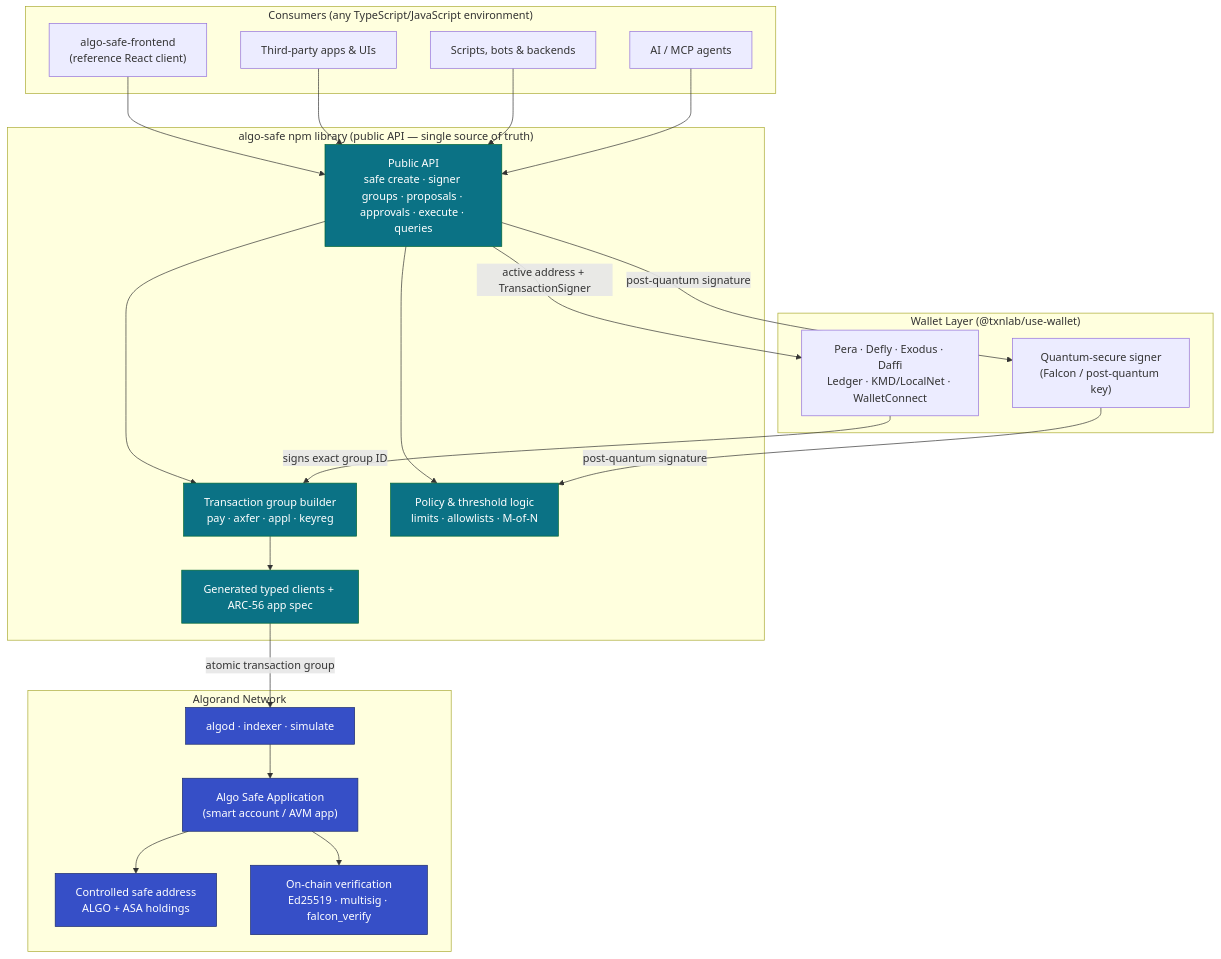
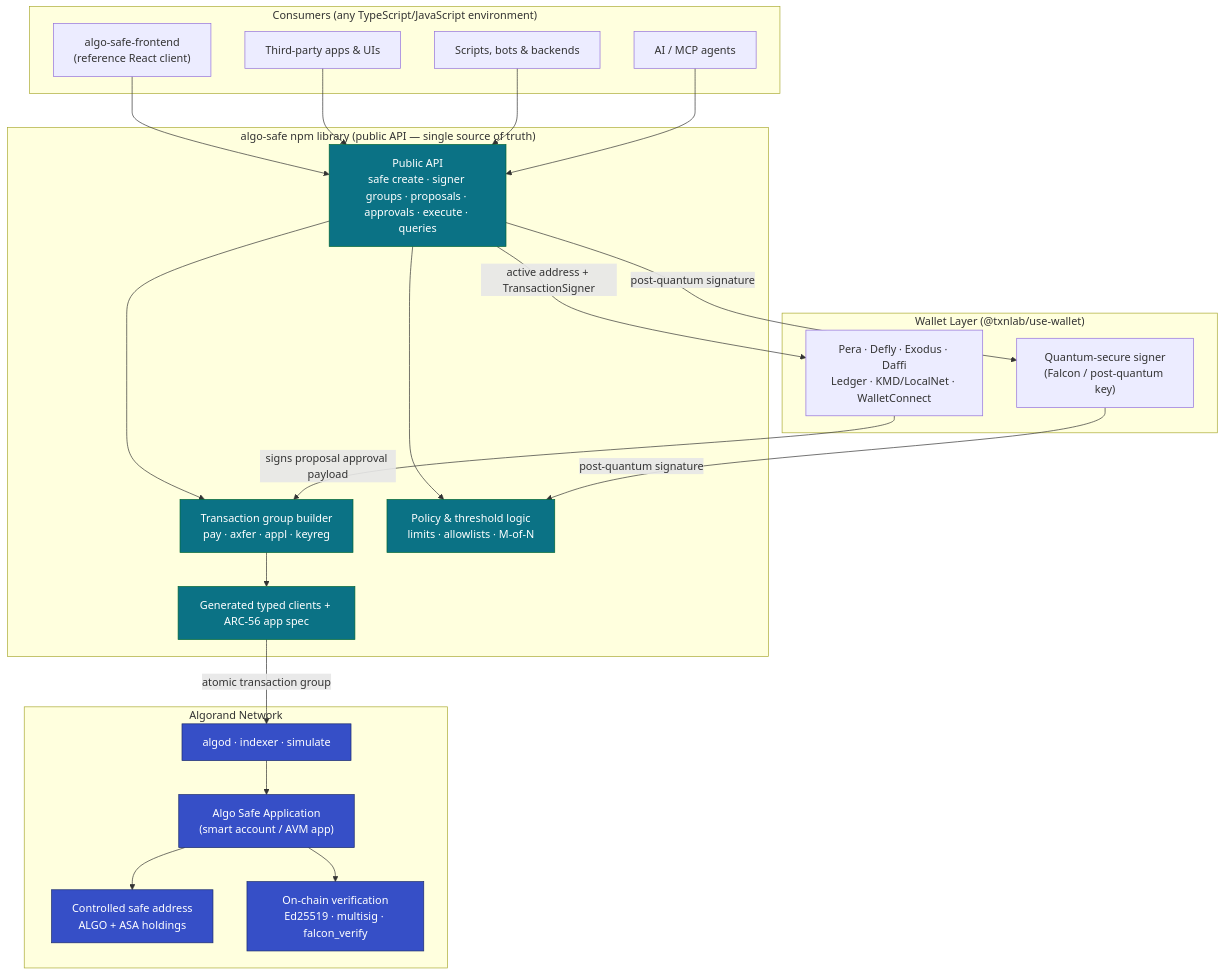
Before and after one commit to ludovit-scholtz/algo-safe: the first of 5 diagrams in PRODUCT-DESCRIPTION.md, drawn with Mermaid. The commit also changed other lines of this file, not shown here.

Commit message:
Enhance PRODUCT-DESCRIPTION.md with detailed explanations of transaction clarity, signer group changes, and proposal execution flow for improved user understanding.

````diff
--- a/PRODUCT-DESCRIPTION.md
+++ b/PRODUCT-DESCRIPTION.md
@@ -219,51 +222,51 @@
 ```mermaid
 flowchart TB
     subgraph Consumers["Consumers (any TypeScript/JavaScript environment)"]
         FE["algo-safe-frontend<br/>(reference React client)"]
         TP["Third-party apps & UIs"]
         BOT["Scripts, bots & backends"]
         AGENT["AI / MCP agents"]
     end
 
     subgraph Wallets["Wallet Layer (@txnlab/use-wallet)"]
         W["Pera · Defly · Exodus · Daffi<br/>Ledger · KMD/LocalNet · WalletConnect"]
         PQ["Quantum-secure signer<br/>(Falcon / post-quantum key)"]
     end
 
     subgraph Library["algo-safe npm library (public API — single source of truth)"]
         API["Public API<br/>safe create · signer groups · proposals · approvals · execute · queries"]
         BUILD["Transaction group builder<br/>pay · axfer · appl · keyreg"]
         POLICY["Policy & threshold logic<br/>limits · allowlists · M-of-N"]
         CLIENT["Generated typed clients + ARC-56 app spec"]
         API --> BUILD
         API --> POLICY
         BUILD --> CLIENT
     end
 
     subgraph Chain["Algorand Network"]
         APP["Algo Safe Application<br/>(smart account / AVM app)"]
         SAFEADDR["Controlled safe address<br/>ALGO + ASA holdings"]
         ALGOD["algod · indexer · simulate"]
         VERIFY["On-chain verification<br/>Ed25519 · multisig · falcon_verify"]
     end
 
     FE --> API
     TP --> API
     BOT --> API
     AGENT --> API
 
     API -- "active address + TransactionSigner" --> W
     API -- "post-quantum signature" --> PQ
-    W -- "signs exact group ID" --> BUILD
+    W -- "signs proposal approval payload" --> BUILD
     PQ -- "post-quantum signature" --> POLICY
 
     CLIENT -- "atomic transaction group" --> ALGOD
     ALGOD --> APP
     APP --> SAFEADDR
     APP --> VERIFY
 
     classDef boundary fill:#0b7285,stroke:#063,color:#fff;
     classDef chain fill:#364fc7,stroke:#1a2a6c,color:#fff;
     class API,BUILD,POLICY,CLIENT boundary;
     class APP,SAFEADDR,ALGOD,VERIFY chain;
 ```
````
